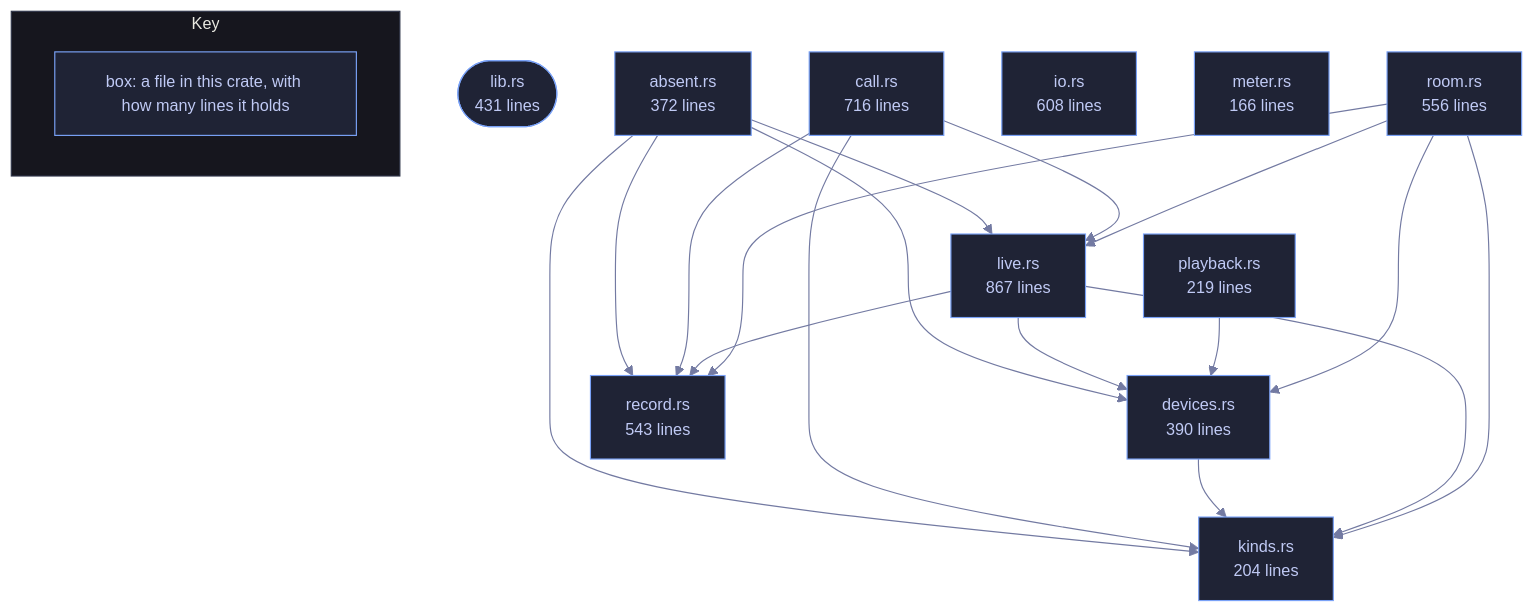
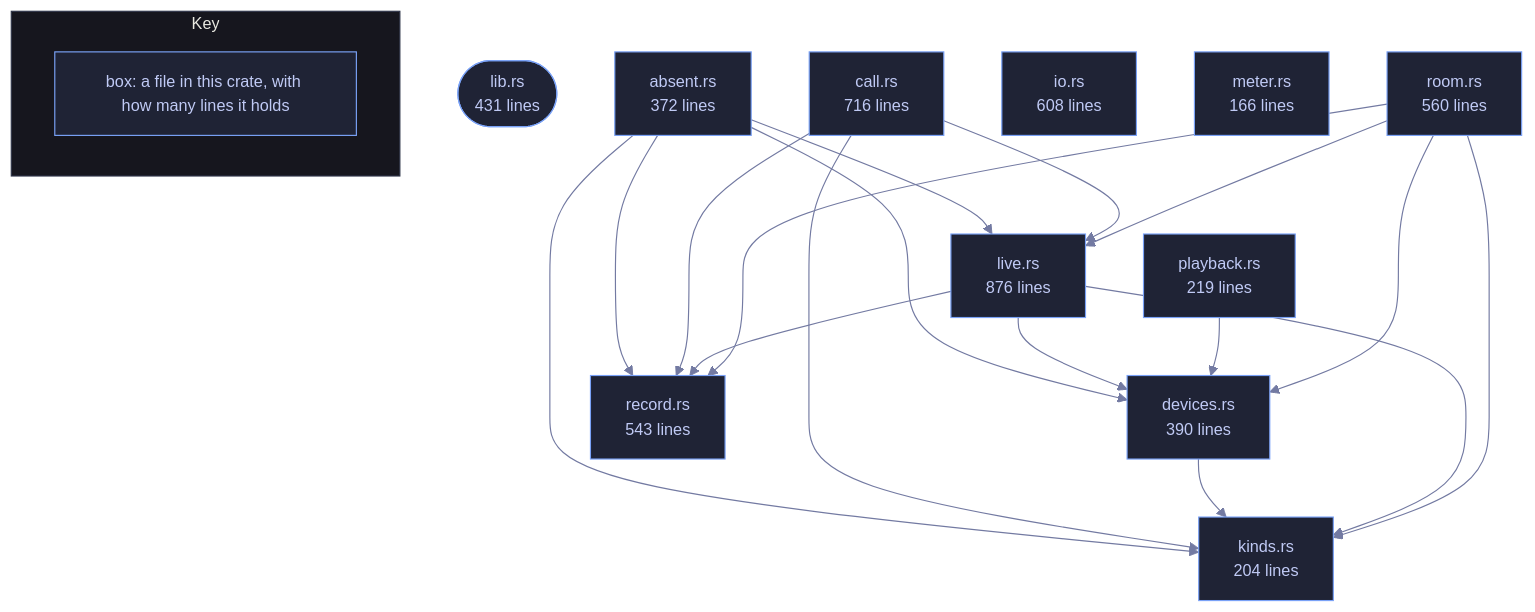
One commit to tilas01/veilvoice changed the diagram in crates/veilvoice-audio/README.md. Above: the diagram before and after it, drawn with Mermaid. The commit also changed other lines of this file and 80 other files, not shown here.

````diff
--- a/crates/veilvoice-audio/README.md
+++ b/crates/veilvoice-audio/README.md
@@ -80,46 +80,46 @@
 ```mermaid
 %%{init: {"theme":"base","themeVariables":{"background":"#1a1b26","primaryColor":"#1f2335","primaryTextColor":"#c0caf5","primaryBorderColor":"#7aa2f7","secondaryColor":"#16161e","tertiaryColor":"#16161e","lineColor":"#737aa2","textColor":"#c0caf5","mainBkg":"#1f2335","nodeBorder":"#7aa2f7","clusterBkg":"#16161e","clusterBorder":"#2f3549","fontFamily":"ui-monospace, SFMono-Regular, Consolas, monospace","fontSize":"14px"}}}%%
 flowchart TD
     n_lib(["lib.rs<br/>431 lines"])
     n_absent["absent.rs<br/>372 lines"]
     n_call["call.rs<br/>716 lines"]
     n_devices["devices.rs<br/>390 lines"]
     n_io["io.rs<br/>608 lines"]
     n_kinds["kinds.rs<br/>204 lines"]
-    n_live["live.rs<br/>867 lines"]
+    n_live["live.rs<br/>876 lines"]
     n_meter["meter.rs<br/>166 lines"]
     n_playback["playback.rs<br/>219 lines"]
     n_record["record.rs<br/>543 lines"]
-    n_room["room.rs<br/>556 lines"]
+    n_room["room.rs<br/>560 lines"]
     n_absent --> n_devices
     n_absent --> n_kinds
     n_absent --> n_live
     n_absent --> n_record
     n_call --> n_kinds
     n_call --> n_live
     n_call --> n_record
     n_devices --> n_kinds
     n_live --> n_devices
     n_live --> n_kinds
     n_live --> n_record
     n_playback --> n_devices
     n_room --> n_devices
     n_room --> n_kinds
     n_room --> n_live
     n_room --> n_record
     click n_lib href "https://github.com/tilas01/veilvoice/blob/main/crates/veilvoice-audio/src/lib.rs" "open the source"
     click n_absent href "https://github.com/tilas01/veilvoice/blob/main/crates/veilvoice-audio/src/absent.rs" "open the source"
     click n_call href "https://github.com/tilas01/veilvoice/blob/main/crates/veilvoice-audio/src/call.rs" "open the source"
     click n_devices href "https://github.com/tilas01/veilvoice/blob/main/crates/veilvoice-audio/src/devices.rs" "open the source"
     click n_io href "https://github.com/tilas01/veilvoice/blob/main/crates/veilvoice-audio/src/io.rs" "open the source"
     click n_kinds href "https://github.com/tilas01/veilvoice/blob/main/crates/veilvoice-audio/src/kinds.rs" "open the source"
     click n_live href "https://github.com/tilas01/veilvoice/blob/main/crates/veilvoice-audio/src/live.rs" "open the source"
     click n_meter href "https://github.com/tilas01/veilvoice/blob/main/crates/veilvoice-audio/src/meter.rs" "open the source"
     click n_playback href "https://github.com/tilas01/veilvoice/blob/main/crates/veilvoice-audio/src/playback.rs" "open the source"
     click n_record href "https://github.com/tilas01/veilvoice/blob/main/crates/veilvoice-audio/src/record.rs" "open the source"
     click n_room href "https://github.com/tilas01/veilvoice/blob/main/crates/veilvoice-audio/src/room.rs" "open the source"
     subgraph chart_key ["Key"]
         direction LR
         key_box["box: a file in this crate, with how many lines it holds"]
     end
 ```
````
